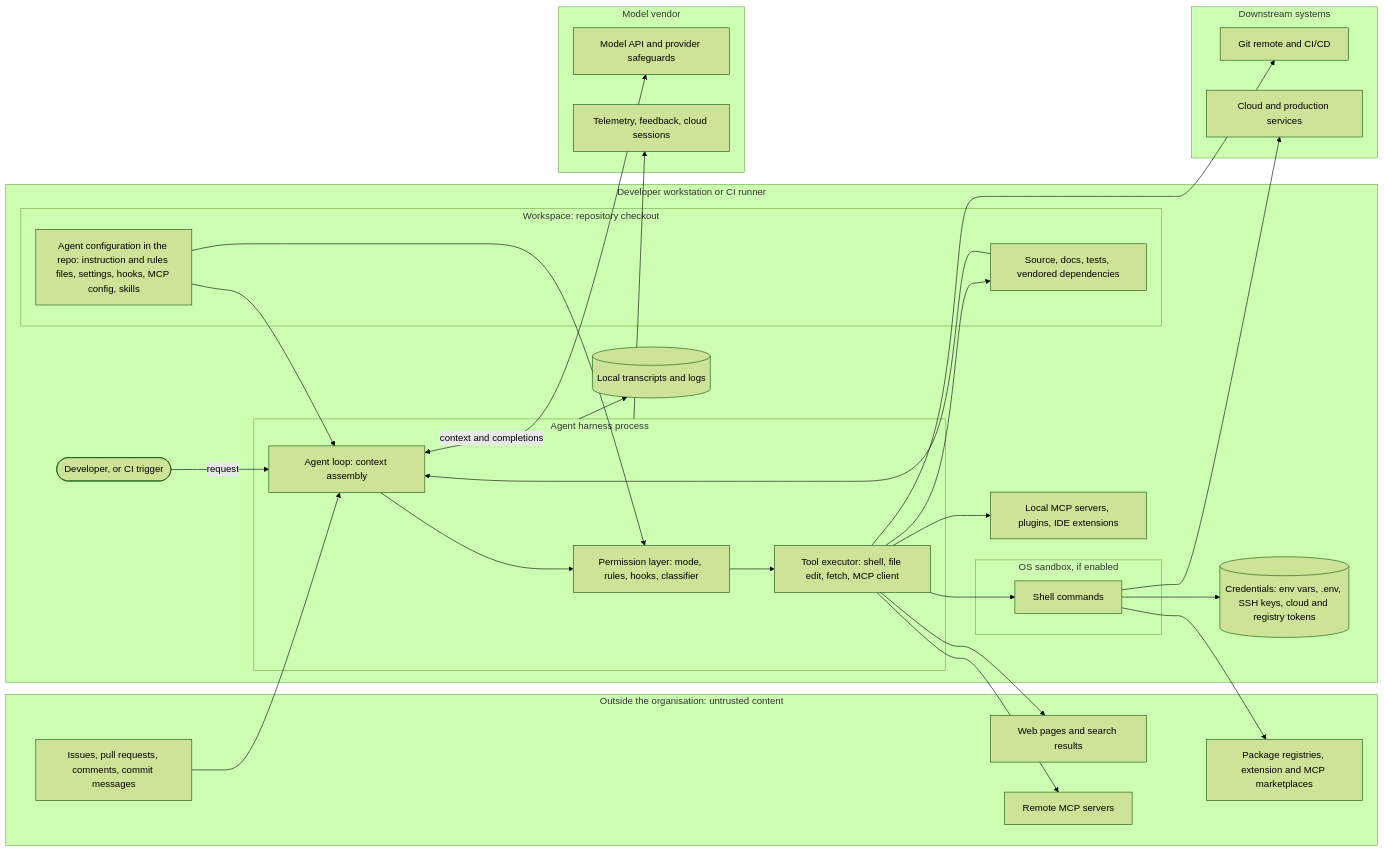
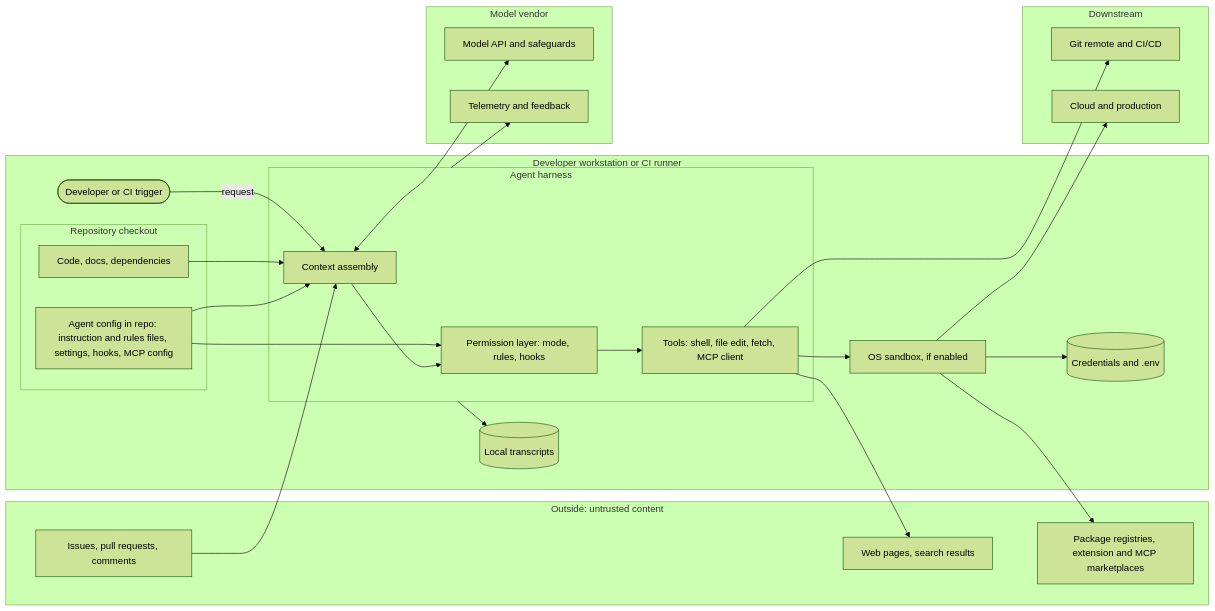
Before and after one commit to wtcooper/ai-security-evals: the diagram in threat-models/coding-agent.md, drawn with Mermaid (forest theme). The commit also changed other lines of this file and 5 other files, not shown here.

````diff
--- a/threat-models/coding-agent.md
+++ b/threat-models/coding-agent.md
@@ -106,54 +71,46 @@
 ```mermaid
 flowchart LR
-  subgraph EXT["Outside the organisation: untrusted content"]
-    WEB["Web pages and search results"]
-    ISSUE["Issues, pull requests, comments, commit messages"]
+  subgraph EXT["Outside: untrusted content"]
+    WEB["Web pages, search results"]
+    ISSUE["Issues, pull requests, comments"]
     REG["Package registries, extension and MCP marketplaces"]
-    RMCP["Remote MCP servers"]
   end
   subgraph HOST["Developer workstation or CI runner"]
-    DEV(["Developer, or CI trigger"])
-    subgraph HARNESS["Agent harness process"]
-      LOOP["Agent loop: context assembly"]
-      PERM["Permission layer: mode, rules, hooks, classifier"]
-      EXEC["Tool executor: shell, file edit, fetch, MCP client"]
+    DEV(["Developer or CI trigger"])
+    subgraph HARNESS["Agent harness"]
+      LOOP["Context assembly"]
+      PERM["Permission layer: mode, rules, hooks"]
+      EXEC["Tools: shell, file edit, fetch, MCP client"]
     end
-    subgraph WS["Workspace: repository checkout"]
-      CODE["Source, docs, tests, vendored dependencies"]
-      CFG["Agent configuration in the repo: instruction and rules files, settings, hooks, MCP config, skills"]
+    subgraph WS["Repository checkout"]
+      CODE["Code, docs, dependencies"]
+      CFG["Agent config in repo: instruction and rules files, settings, hooks, MCP config"]
     end
-    subgraph SBX["OS sandbox, if enabled"]
-      SH["Shell commands"]
-    end
-    SECRETS[("Credentials: env vars, .env, SSH keys, cloud and registry tokens")]
-    LOGS[("Local transcripts and logs")]
-    LMCP["Local MCP servers, plugins, IDE extensions"]
+    SBX["OS sandbox, if enabled"]
+    SECRETS[("Credentials and .env")]
+    LOGS[("Local transcripts")]
   end
   subgraph VENDOR["Model vendor"]
-    API["Model API and provider safeguards"]
-    TEL["Telemetry, feedback, cloud sessions"]
+    API["Model API and safeguards"]
+    TEL["Telemetry and feedback"]
   end
-  subgraph DOWN["Downstream systems"]
+  subgraph DOWN["Downstream"]
     GIT["Git remote and CI/CD"]
-    PROD["Cloud and production services"]
+    PROD["Cloud and production"]
   end
   DEV -->|"request"| LOOP
   CODE --> LOOP
   CFG --> LOOP
   CFG --> PERM
   ISSUE --> LOOP
-  LOOP <-->|"context and completions"| API
-  LOOP --> PERM
-  PERM --> EXEC
-  EXEC --> SH
-  EXEC --> LMCP
+  LOOP <--> API
+  LOOP --> PERM --> EXEC
+  EXEC --> SBX
   EXEC --> WEB
-  EXEC --> RMCP
-  SH --> REG
-  SH --> SECRETS
-  EXEC --> CODE
+  SBX --> REG
+  SBX --> SECRETS
   EXEC --> GIT
-  SH --> PROD
+  SBX --> PROD
   HARNESS --> LOGS
   HARNESS --> TEL
 ```
````
